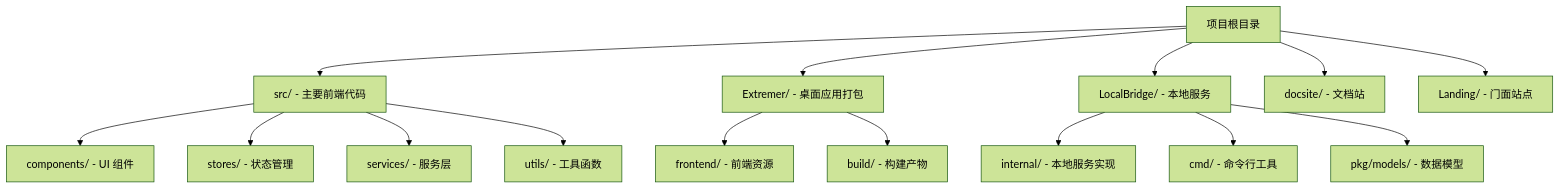
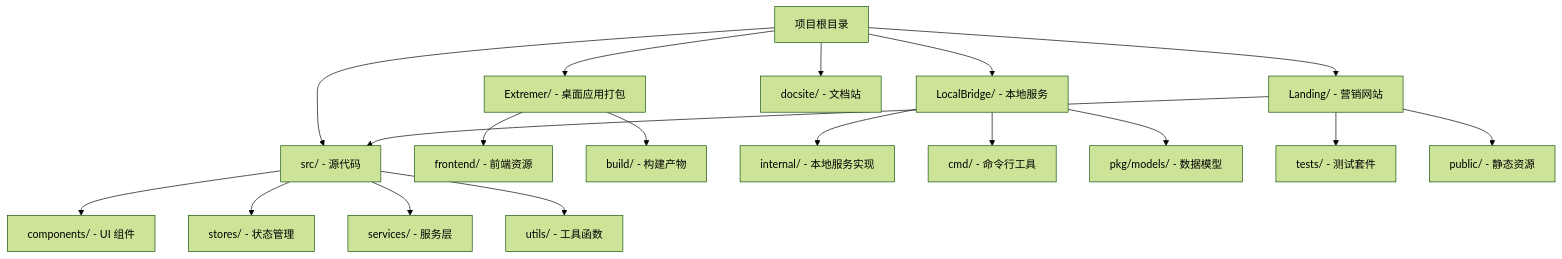
One commit to kqcoxn/MaaPipelineEditor changed the second of 18 diagrams in .qoder/repowiki/zh/content/开发者指南/门面站点建设规划.md. Above: the diagram before and after it, drawn with Mermaid (forest theme). The commit also changed other lines of this file and 8 other files, not shown here.

````diff
--- a/.qoder/repowiki/zh/content/开发者指南/门面站点建设规划.md
+++ b/.qoder/repowiki/zh/content/开发者指南/门面站点建设规划.md
@@ -78,17 +117,20 @@
 ```mermaid
 graph TD
 ROOT[项目根目录] --> SRC[src/ - 主要前端代码]
 ROOT --> EXTREMER[Extremer/ - 桌面应用打包]
 ROOT --> LOCALBRIDGE[LocalBridge/ - 本地服务]
 ROOT --> DOCSITE[docsite/ - 文档站]
-ROOT --> LANDING[Landing/ - 门面站点]
+ROOT --> LANDING[Landing/ - 营销网站]
 SRC --> COMPONENTS[components/ - UI 组件]
 SRC --> STORES[stores/ - 状态管理]
 SRC --> SERVICES[services/ - 服务层]
 SRC --> UTILS[utils/ - 工具函数]
 EXTREMER --> FRONTEND[frontend/ - 前端资源]
 EXTREMER --> BUILD[build/ - 构建产物]
 LOCALBRIDGE --> INTERNAL[internal/ - 本地服务实现]
 LOCALBRIDGE --> CMD[cmd/ - 命令行工具]
 LOCALBRIDGE --> PKGMODELS[pkg/models/ - 数据模型]
+LANDING --> SRC[src/ - 源代码]
+LANDING --> TESTS[tests/ - 测试套件]
+LANDING --> PUBLIC[public/ - 静态资源]
 ```
````
